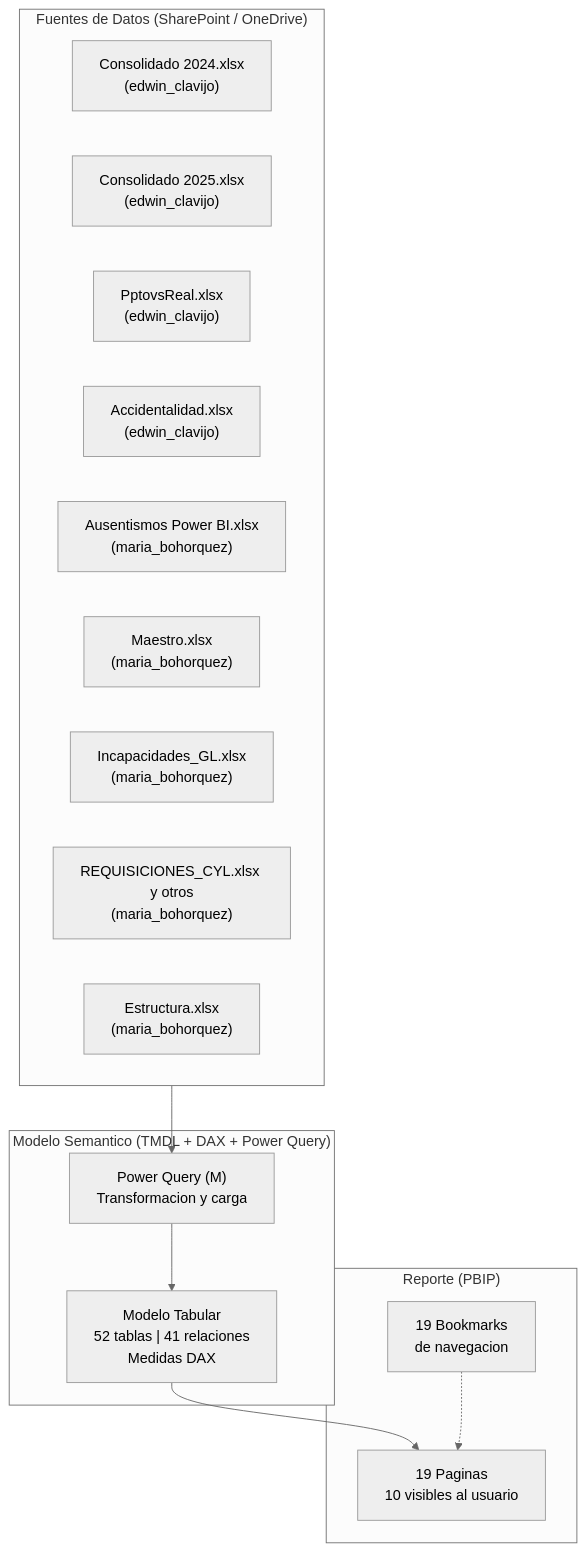
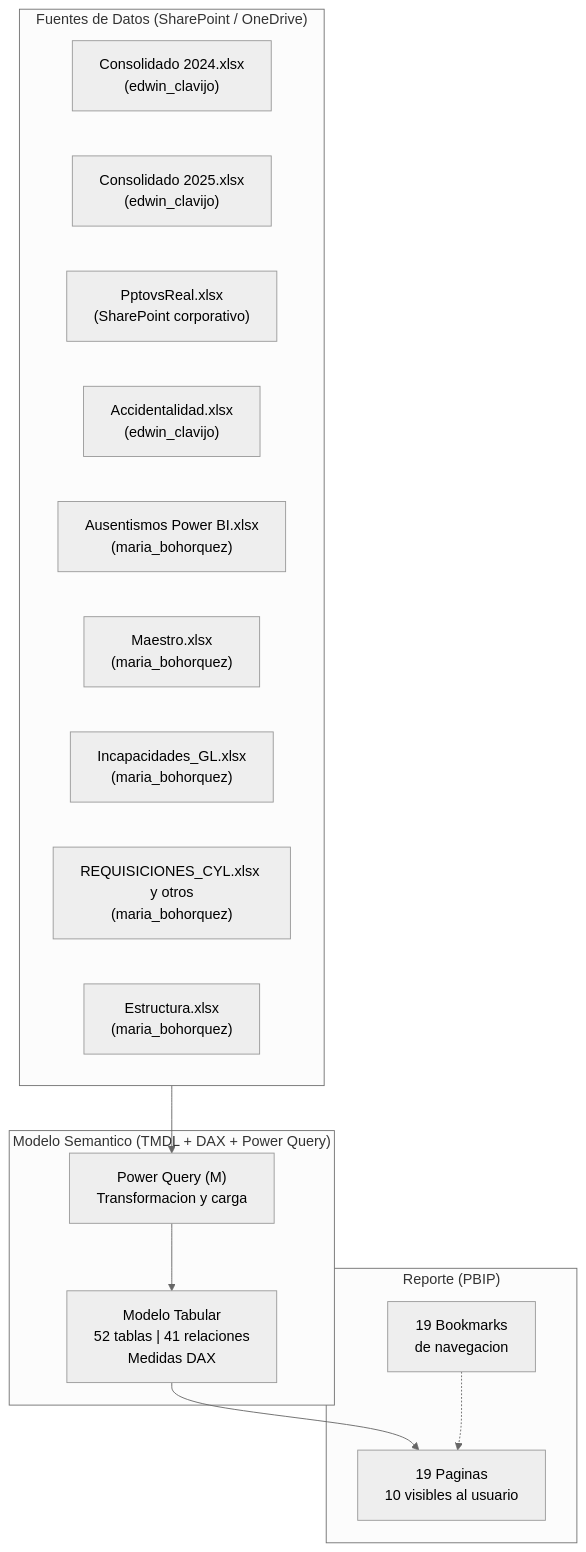
Before and after one commit to HarvLopez91/07_Planeacion_de_Personal: the first of 2 diagrams in Docs/ARCHITECTURE.md, drawn with Mermaid (neutral theme). The commit also changed other lines of this file and 3 other files, not shown here.

First line of the commit message:
docs(data): actualiza fuente PptovsReal en documentación

````diff
--- a/Docs/ARCHITECTURE.md
+++ b/Docs/ARCHITECTURE.md
@@ -65,29 +65,29 @@
 ```mermaid
 graph TB
     subgraph Fuentes["Fuentes de Datos (SharePoint / OneDrive)"]
         E1["Consolidado 2024.xlsx\n(edwin_clavijo)"]
         E2["Consolidado 2025.xlsx\n(edwin_clavijo)"]
-        E3["PptovsReal.xlsx\n(edwin_clavijo)"]
+        E3["PptovsReal.xlsx\n(SharePoint corporativo)"]
         E4["Accidentalidad.xlsx\n(edwin_clavijo)"]
         E5["Ausentismos Power BI.xlsx\n(maria_bohorquez)"]
         E6["Maestro.xlsx\n(maria_bohorquez)"]
         E7["Incapacidades_GL.xlsx\n(maria_bohorquez)"]
         E8["REQUISICIONES_CYL.xlsx y otros\n(maria_bohorquez)"]
         E9["Estructura.xlsx\n(maria_bohorquez)"]
     end
 
     subgraph SemanticModel["Modelo Semantico (TMDL + DAX + Power Query)"]
         PQ["Power Query (M)\nTransformacion y carga"]
         DM["Modelo Tabular\n52 tablas | 41 relaciones\nMedidas DAX"]
     end
 
     subgraph Report["Reporte (PBIP)"]
         PG["19 Paginas\n10 visibles al usuario"]
         BK["19 Bookmarks\nde navegacion"]
     end
 
     Fuentes --> PQ
     PQ --> DM
     DM --> PG
     BK -.-> PG
 ```
````
